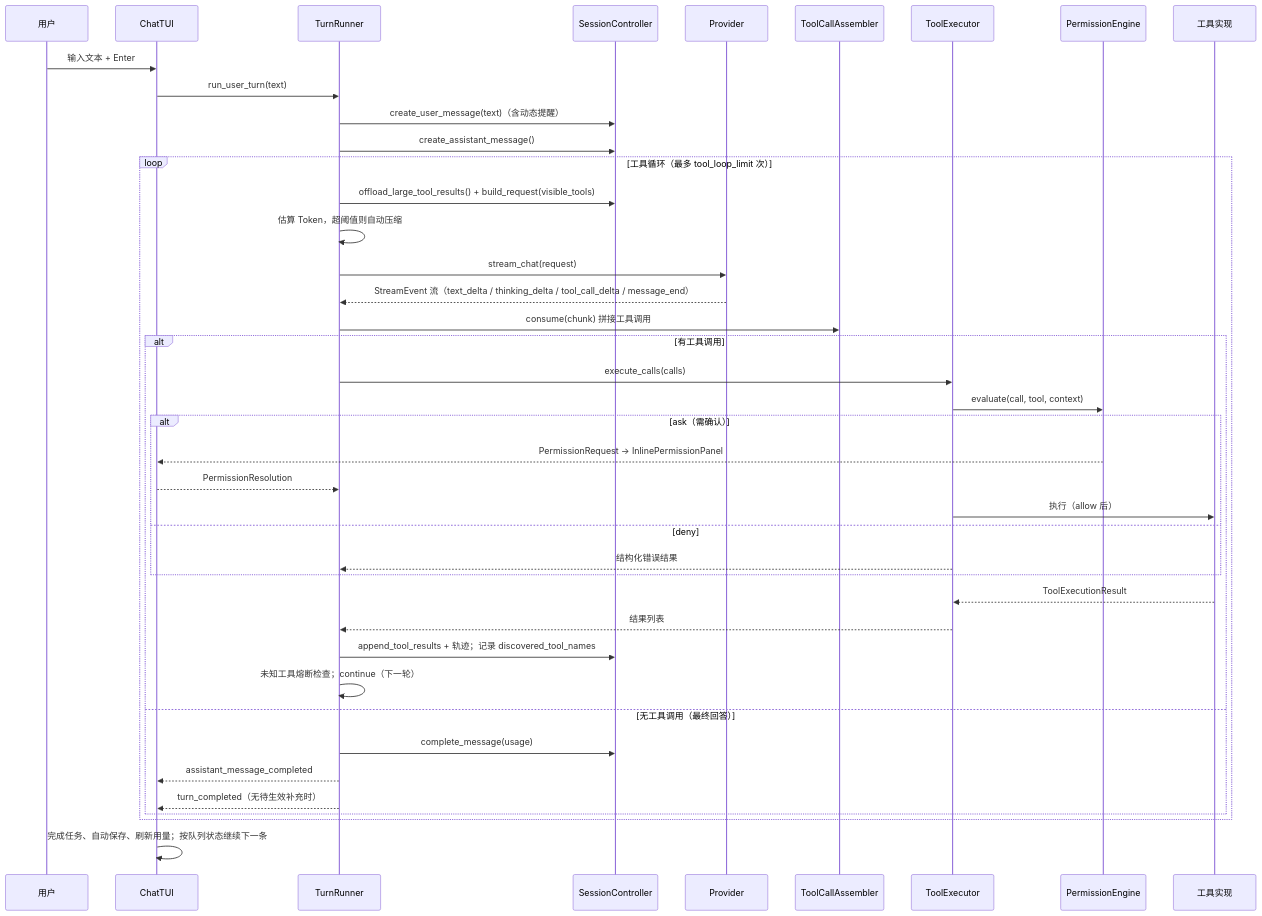
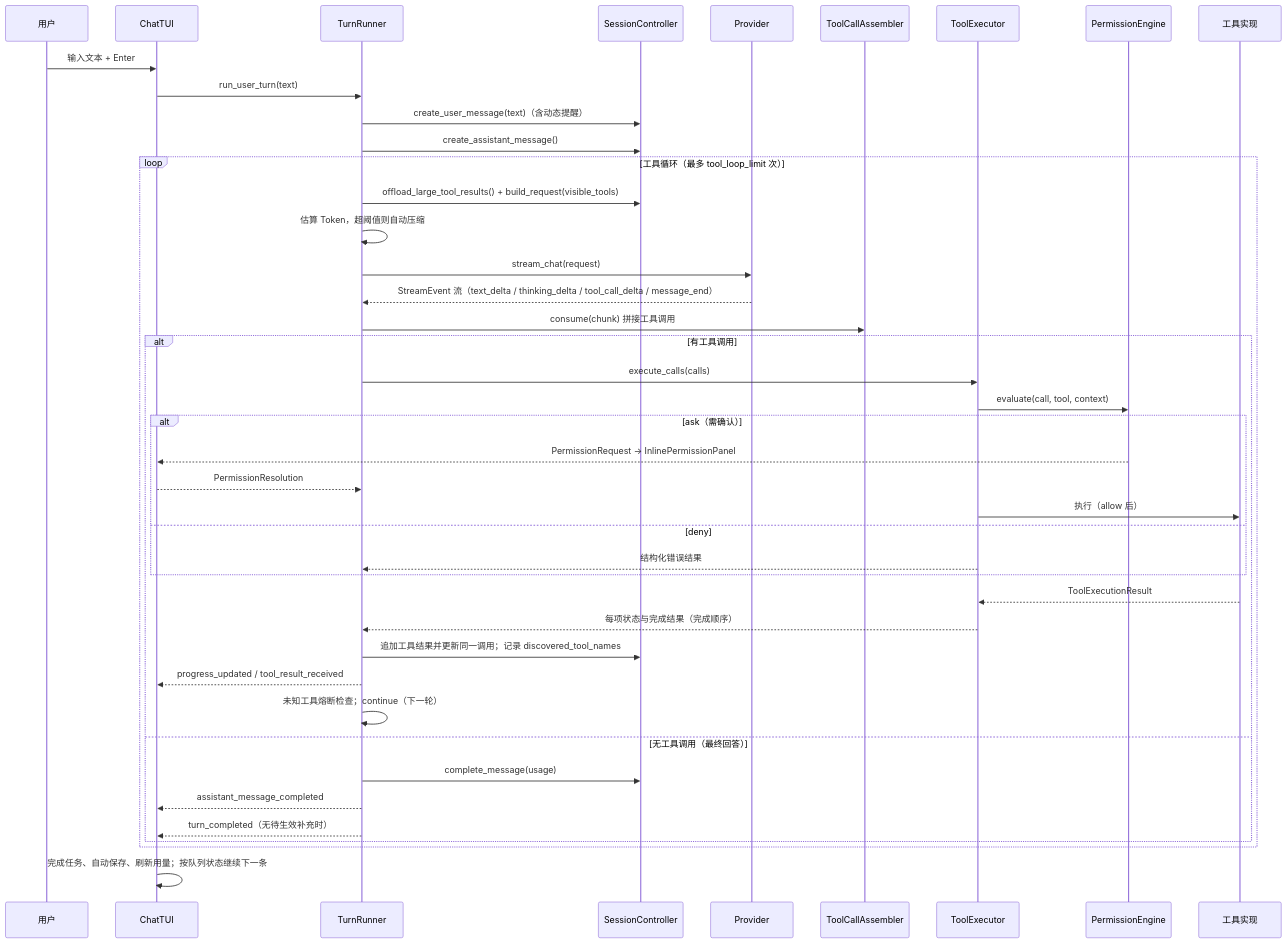
Before and after one commit to LangYiSheng/LanCher-Code: the diagram in docs/workflows/user-turn.md, drawn with Mermaid. The commit also changed other lines of this file and 14 other files, not shown here.

````diff
--- a/docs/workflows/user-turn.md
+++ b/docs/workflows/user-turn.md
@@ -7,44 +7,45 @@
 ```mermaid
 sequenceDiagram
     participant U as 用户
     participant T as ChatTUI
     participant TR as TurnRunner
     participant S as SessionController
     participant P as Provider
     participant ASM as ToolCallAssembler
     participant EX as ToolExecutor
     participant PE as PermissionEngine
     participant TOOL as 工具实现
 
     U->>T: 输入文本 + Enter
     T->>TR: run_user_turn(text)
     TR->>S: create_user_message(text)（含动态提醒）
     TR->>S: create_assistant_message()
     loop 工具循环（最多 tool_loop_limit 次）
         TR->>S: offload_large_tool_results() + build_request(visible_tools)
         TR->>TR: 估算 Token，超阈值则自动压缩
         TR->>P: stream_chat(request)
         P-->>TR: StreamEvent 流（text_delta / thinking_delta / tool_call_delta / message_end）
         TR->>ASM: consume(chunk) 拼接工具调用
         alt 有工具调用
             TR->>EX: execute_calls(calls)
             EX->>PE: evaluate(call, tool, context)
             alt ask（需确认）
                 PE-->>T: PermissionRequest → InlinePermissionPanel
                 T-->>TR: PermissionResolution
                 EX->>TOOL: 执行（allow 后）
             else deny
                 EX-->>TR: 结构化错误结果
             end
             TOOL-->>EX: ToolExecutionResult
-            EX-->>TR: 结果列表
-            TR->>S: append_tool_results + 轨迹；记录 discovered_tool_names
+            EX-->>TR: 每项状态与完成结果（完成顺序）
+            TR->>S: 追加工具结果并更新同一调用；记录 discovered_tool_names
+            TR-->>T: progress_updated / tool_result_received
             TR->>TR: 未知工具熔断检查；continue（下一轮）
         else 无工具调用（最终回答）
             TR->>S: complete_message(usage)
             TR-->>T: assistant_message_completed
             TR-->>T: turn_completed（无待生效补充时）
         end
     end
     T->>T: 完成任务、自动保存、刷新用量；按队列状态继续下一条
 ```
````
